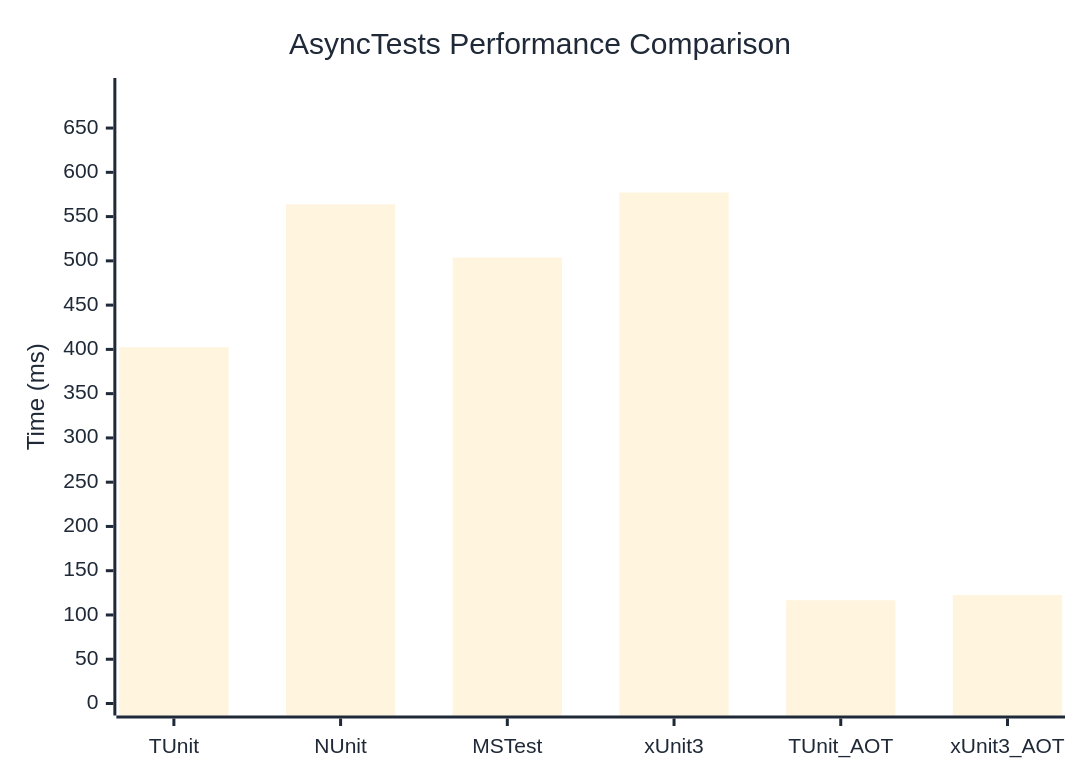
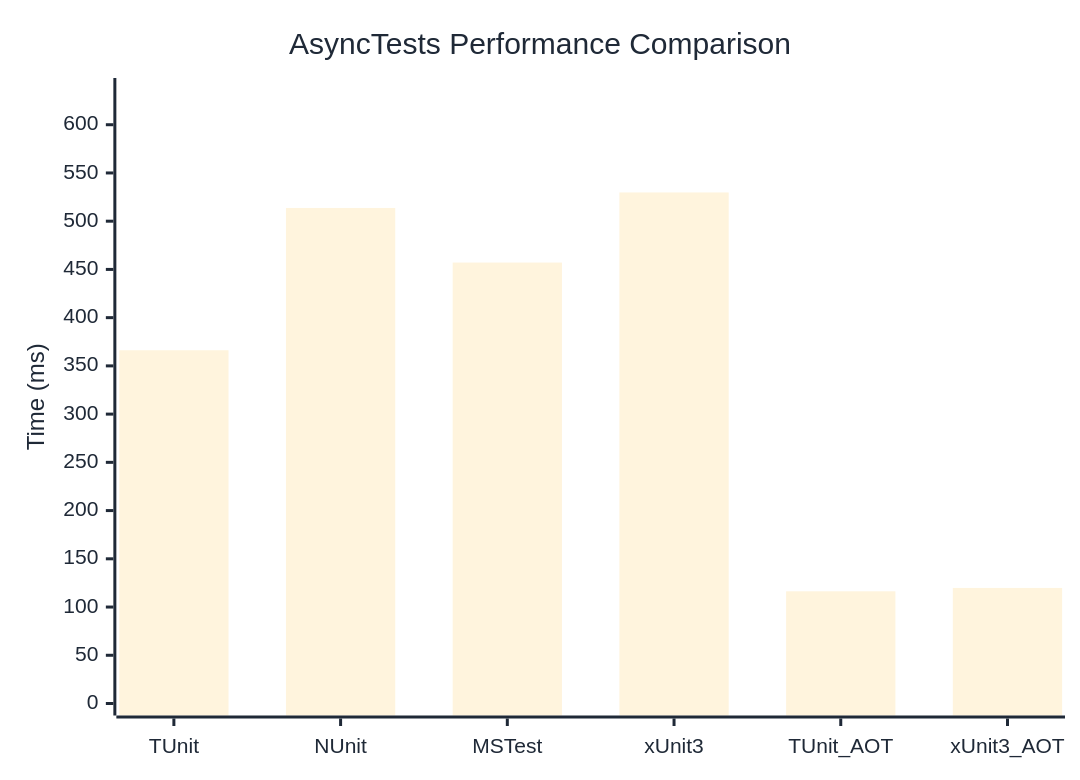
Before and after one commit to thomhurst/TUnit: the diagram in docs/docs/benchmarks/engine/AsyncTests.md, drawn with Mermaid. The commit also changed other lines of this file and 18 other files, not shown here.

````diff
--- a/docs/docs/benchmarks/engine/AsyncTests.md
+++ b/docs/docs/benchmarks/engine/AsyncTests.md
@@ -30,37 +30,37 @@
 ```mermaid
 %%{init: {
   'theme':'base',
   'themeVariables': {
     'primaryColor': '#2563eb',
     'primaryTextColor': '#1f2937',
     'primaryBorderColor': '#1e40af',
     'lineColor': '#6b7280',
     'secondaryColor': '#7c3aed',
     'tertiaryColor': '#dc2626',
     'background': '#ffffff',
     'mainBkg': '#2563eb',
     'secondBkg': '#7c3aed',
     'tertiaryBkg': '#dc2626',
     'clusterBkg': '#f3f4f6',
     'edgeLabelBackground': '#ffffff',
     'tertiaryTextColor': '#1f2937',
     'pie1': '#2563eb',
     'pie2': '#7c3aed',
     'pie3': '#dc2626',
     'pie4': '#f59e0b',
     'pie5': '#10b981',
     'pie6': '#06b6d4',
     'pie7': '#ec4899',
     'pie8': '#6366f1',
     'pie9': '#84cc16',
     'pie10': '#f97316',
     'pie11': '#14b8a6',
     'pie12': '#a855f7'
   }
 }}%%
 xychart-beta
   title "AsyncTests Performance Comparison"
   x-axis ["TUnit", "NUnit", "MSTest", "xUnit3", "TUnit_AOT", "xUnit3_AOT"]
-  y-axis "Time (ms)" 0 --> 693
-  bar [402.5, 563.8, 503.8, 577.2, 116.7, 122.5]
+  y-axis "Time (ms)" 0 --> 636
+  bar [366.2, 513.7, 457.1, 529.8, 116.3, 119.8]
 ```
````
